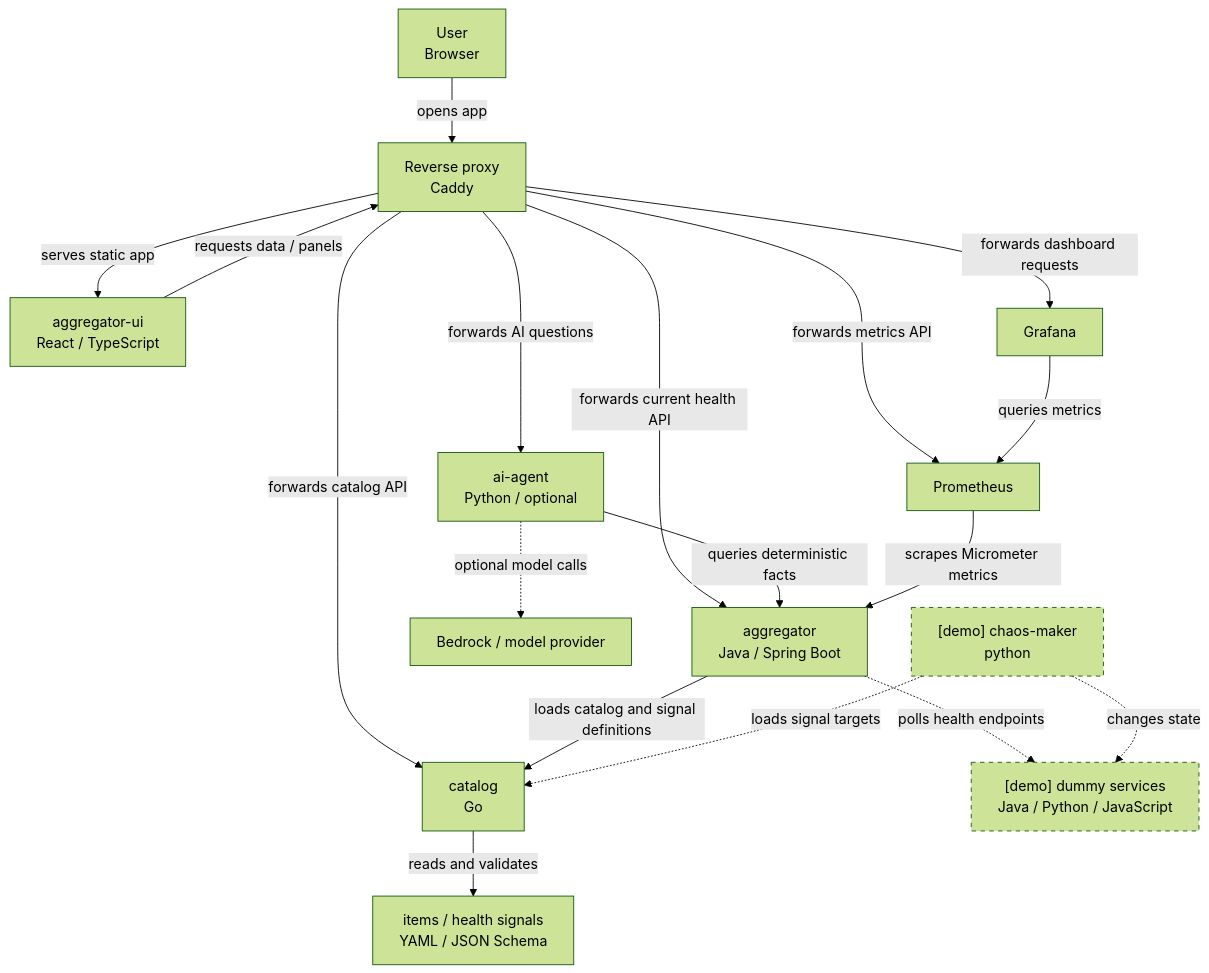
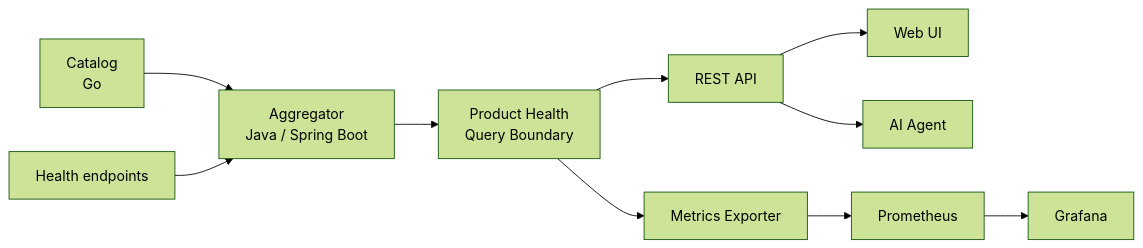
One commit to aleksei-sapozhnikov/aggregator changed the second of 3 diagrams in README.md. Above: the diagram before and after it, drawn with Mermaid (forest theme). The commit also changed other lines of this file, not shown here.

Commit message:
Simplify README architecture diagrams

````diff
--- a/README.md
+++ b/README.md
@@ -56,28 +83,16 @@
 ```mermaid
-flowchart TB
-  browser["User<br>Browser"] -->|opens app| proxy["Reverse proxy<br>Caddy"]
-  proxy -->|serves static app| ui["aggregator-ui<br>React / TypeScript"]
+flowchart LR
+  catalog["Catalog<br>Go"] --> aggregator["Aggregator<br>Java / Spring Boot"]
+  services["Health endpoints"] --> aggregator
 
-  ui -->|requests data / panels| proxy
-  proxy -->|forwards catalog API| catalog["catalog<br>Go"]
-  proxy -->|forwards current health API| aggregator
-  proxy -->|forwards AI questions| agent["ai-agent<br>Python / optional"]
-  proxy -->|forwards metrics API| prometheus["Prometheus"]
-  proxy -->|forwards dashboard requests| grafana["Grafana"]
+  aggregator --> health["Product Health<br>Query Boundary"]
 
-  agent -->|queries deterministic facts| aggregator
-  agent -.->|optional model calls| model["Bedrock / model provider"]
-  grafana -->|queries metrics| prometheus
-  prometheus -->|scrapes Micrometer metrics| aggregator["aggregator<br>Java / Spring Boot"]
+  health --> api["REST API"]
+  health --> metrics["Metrics Exporter"]
 
-  aggregator -->|loads catalog and signal definitions| catalog
-  catalog -->|reads and validates| catalogFiles["items / health signals<br>YAML / JSON Schema"]
+  api --> ui["Web UI"]
+  api --> agent["AI Agent"]
 
-  aggregator -.->|polls health endpoints| demoServices
-  chaos -.->|changes state| demoServices["[demo] dummy services<br>Java / Python / JavaScript"]
-  chaos["[demo] chaos-maker<br>python"] -.->|loads signal targets| catalog
-
-
-  classDef optional stroke-dasharray: 5 5
-  class chaos,demoServices optional
+  metrics --> prometheus["Prometheus"]
+  prometheus --> grafana["Grafana"]
 ```
````
